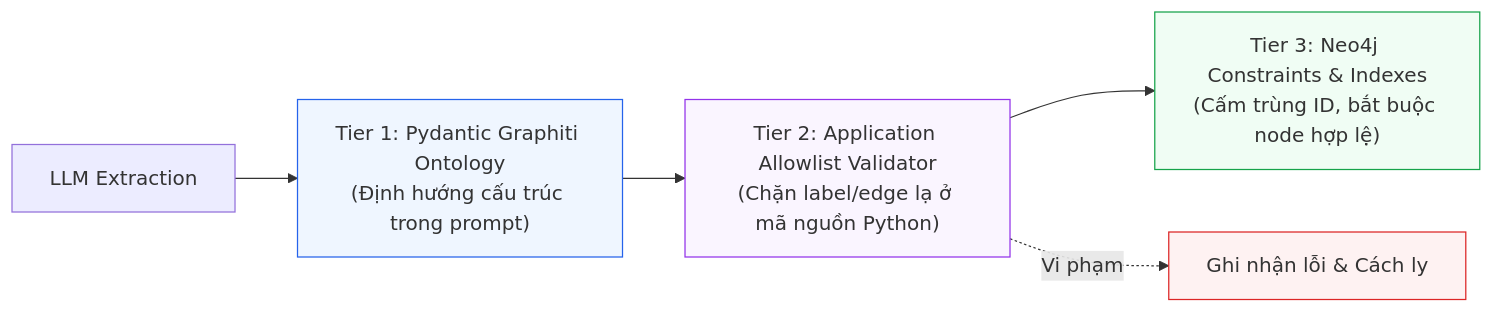
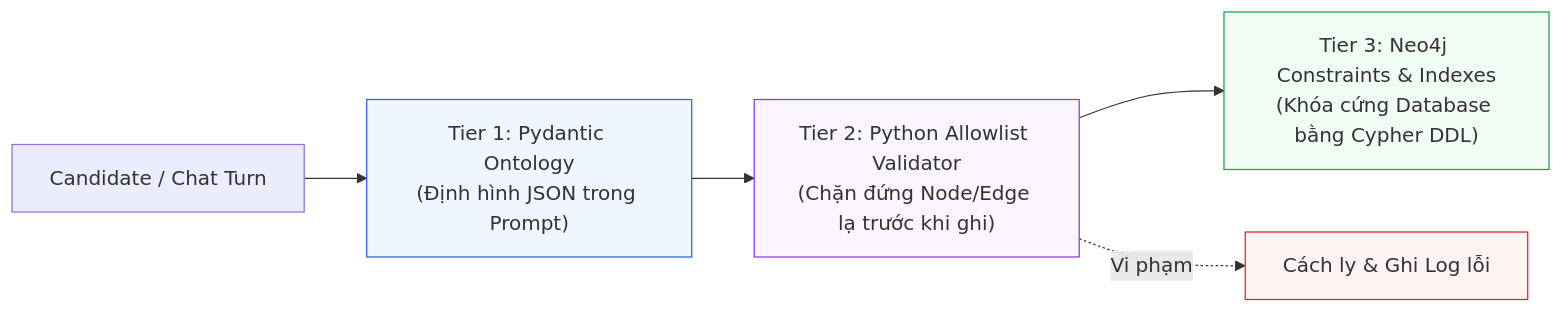
One commit to nxc1802/Personal_Task_Board changed the second of 2 diagrams in docs/layers/layer-3-operational-store-graphrag.md. Above: the diagram before and after it, drawn with Mermaid. The commit also changed other lines of this file and 8 other files, not shown here.

First line of the commit message:
docs: re-architect project to Lean Local-First edition

````diff
--- a/docs/layers/layer-3-operational-store-graphrag.md
+++ b/docs/layers/layer-3-operational-store-graphrag.md
@@ -236,12 +96,12 @@
 ```mermaid
 flowchart LR
-    L2_OUT["LLM Extraction"] --> TIER1["Tier 1: Pydantic Graphiti Ontology<br/>(Định hướng cấu trúc trong prompt)"]
-    TIER1 --> TIER2["Tier 2: Application Allowlist Validator<br/>(Chặn label/edge lạ ở mã nguồn Python)"]
-    TIER2 --> TIER3["Tier 3: Neo4j Constraints & Indexes<br/>(Cấm trùng ID, bắt buộc node hợp lệ)"]
-    TIER2 -. "Vi phạm" .-> QUARANTINE["Ghi nhận lỗi & Cách ly"]
+    INPUT["Candidate / Chat Turn"] --> TIER1["Tier 1: Pydantic Ontology<br/>(Định hình JSON trong Prompt)"]
+    TIER1 --> TIER2["Tier 2: Python Allowlist Validator<br/>(Chặn đứng Node/Edge lạ trước khi ghi)"]
+    TIER2 --> TIER3["Tier 3: Neo4j Constraints & Indexes<br/>(Khóa cứng Database bằng Cypher DDL)"]
+    TIER2 -. "Vi phạm" .-> REJECT["Cách ly & Ghi Log lỗi"]
 
     style TIER1 fill:#EFF6FF,stroke:#2563EB
     style TIER2 fill:#FAF5FF,stroke:#9333EA
     style TIER3 fill:#F0FDF4,stroke:#16A34A
-    style QUARANTINE fill:#FEF2F2,stroke:#DC2626
+    style REJECT fill:#FEF2F2,stroke:#DC2626
 ```
````
